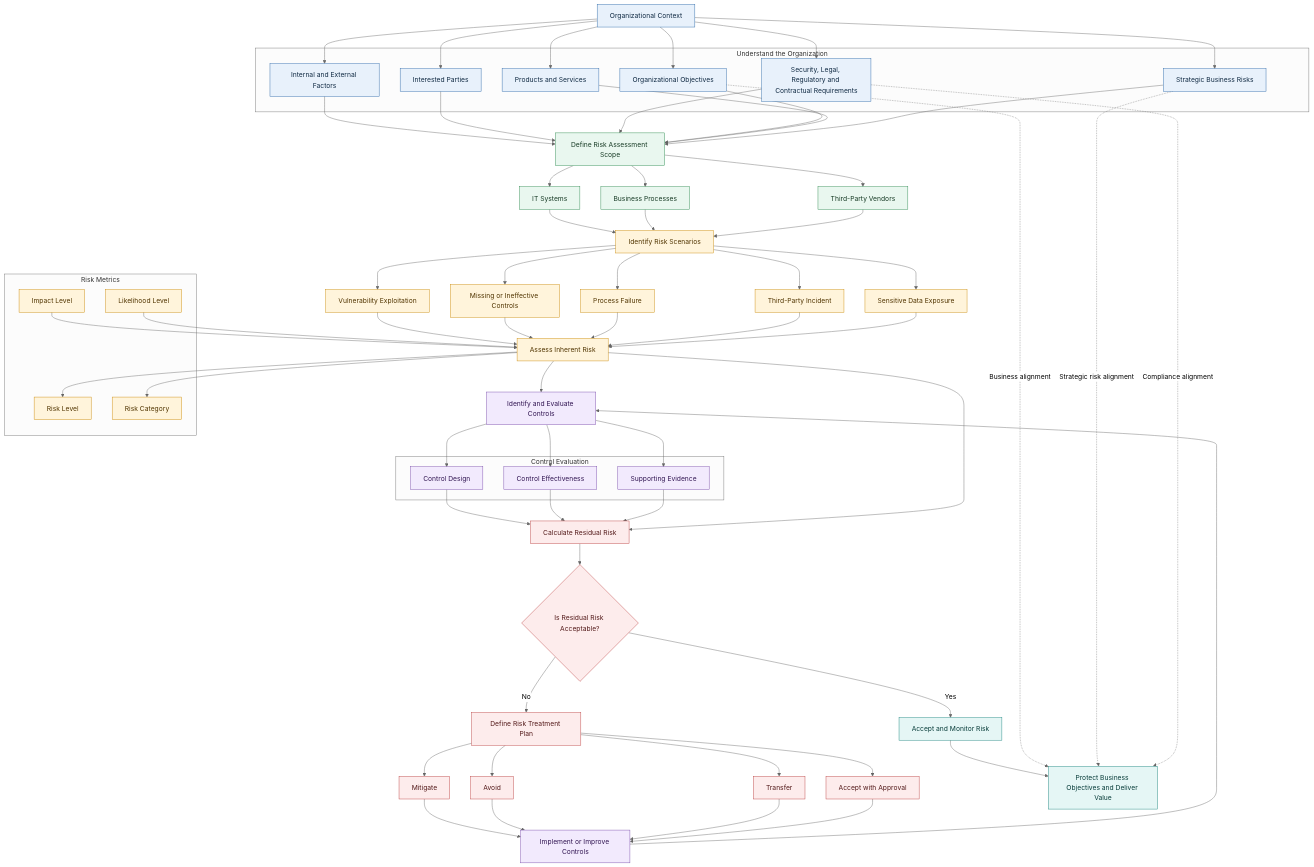
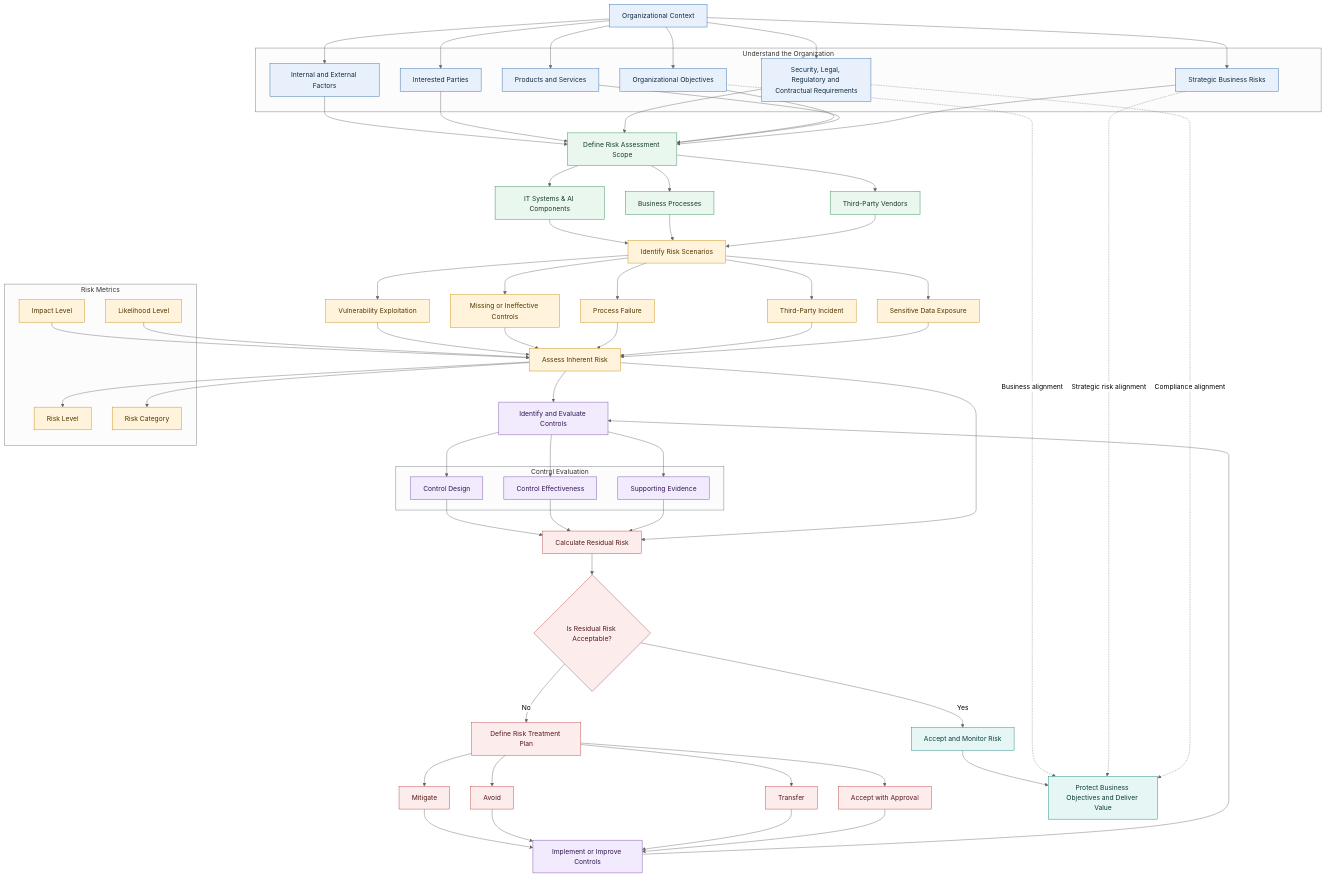
The fourth of 5 diagrams in grc4ciso_readme.md (rodolfo-lopez-GRC/grc4ciso), drawn with Mermaid (neutral theme) before and after one commit. The commit also changed other lines of this file, not shown here.

First line of the commit message:
Revise risk management and AI components sections

```diff
--- a/grc4ciso_readme.md
+++ b/grc4ciso_readme.md
@@ -272,7 +272,7 @@
     B5 --> C
     B6 --> C
 
-    C --> D1["IT Systems"]
+    C --> D1["IT Systems & AI Components"]
     C --> D2["Business Processes"]
     C --> D3["Third-Party Vendors"]
 
```
